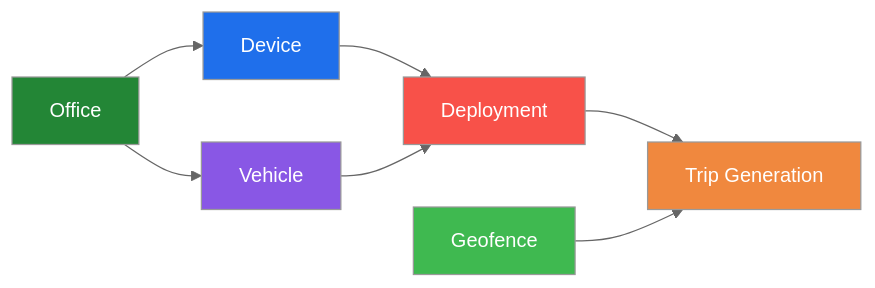
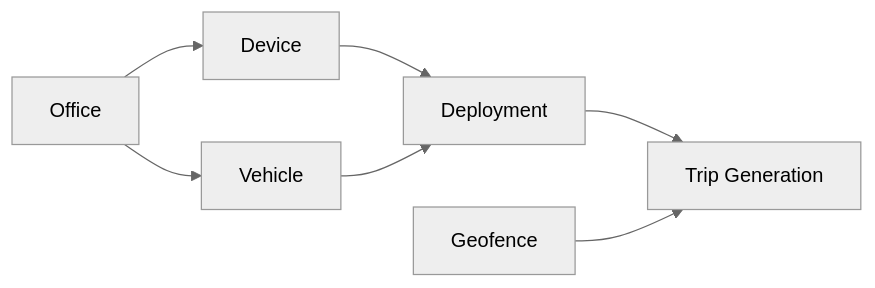
The second of 2 diagrams in README.md (LocationMind/trajectory_gen_app), drawn with Mermaid (neutral theme) before and after one commit. The commit also changed other lines of this file, not shown here.

````diff
--- a/README.md
+++ b/README.md
@@ -118,16 +231,9 @@
 ```mermaid
 flowchart LR
     A[Office] --> B[Device]
     A --> C[Vehicle]
     B --> D[Deployment]
     C --> D
     D --> E[Trip Generation]
     F[Geofence] --> E
-    
-    style A fill:#238636,color:#fff
-    style B fill:#1f6feb,color:#fff
-    style C fill:#8957e5,color:#fff
-    style D fill:#f85149,color:#fff
-    style E fill:#f0883e,color:#fff
-    style F fill:#3fb950,color:#fff
 ```
````
